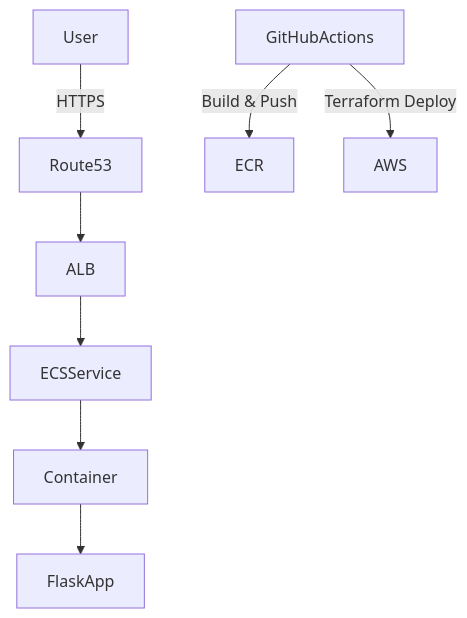
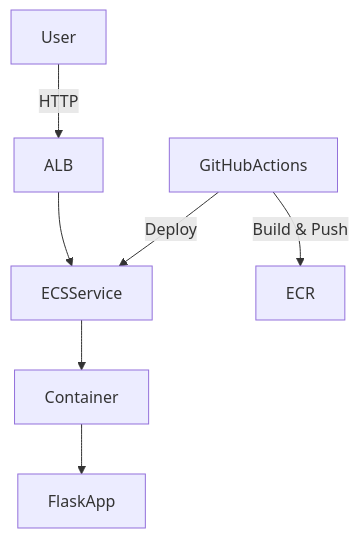
One commit to 39WA/The-AWS-ECS-Project changed the diagram in README_NEW.md. Above: the diagram before and after it, drawn with Mermaid. The commit also changed other lines of this file and 7 other files, not shown here.

````diff
--- a/README_NEW.md
+++ b/README_NEW.md
@@ -41,10 +57,9 @@
 ```mermaid
 flowchart TD
-User -->|HTTPS| Route53
-Route53 --> ALB
+User -->|HTTP| ALB
 ALB --> ECSService
 ECSService --> Container
 Container --> FlaskApp
 GitHubActions -->|Build & Push| ECR
-GitHubActions -->|Terraform Deploy| AWS
+GitHubActions -->|Deploy| ECSService
 ```
````
